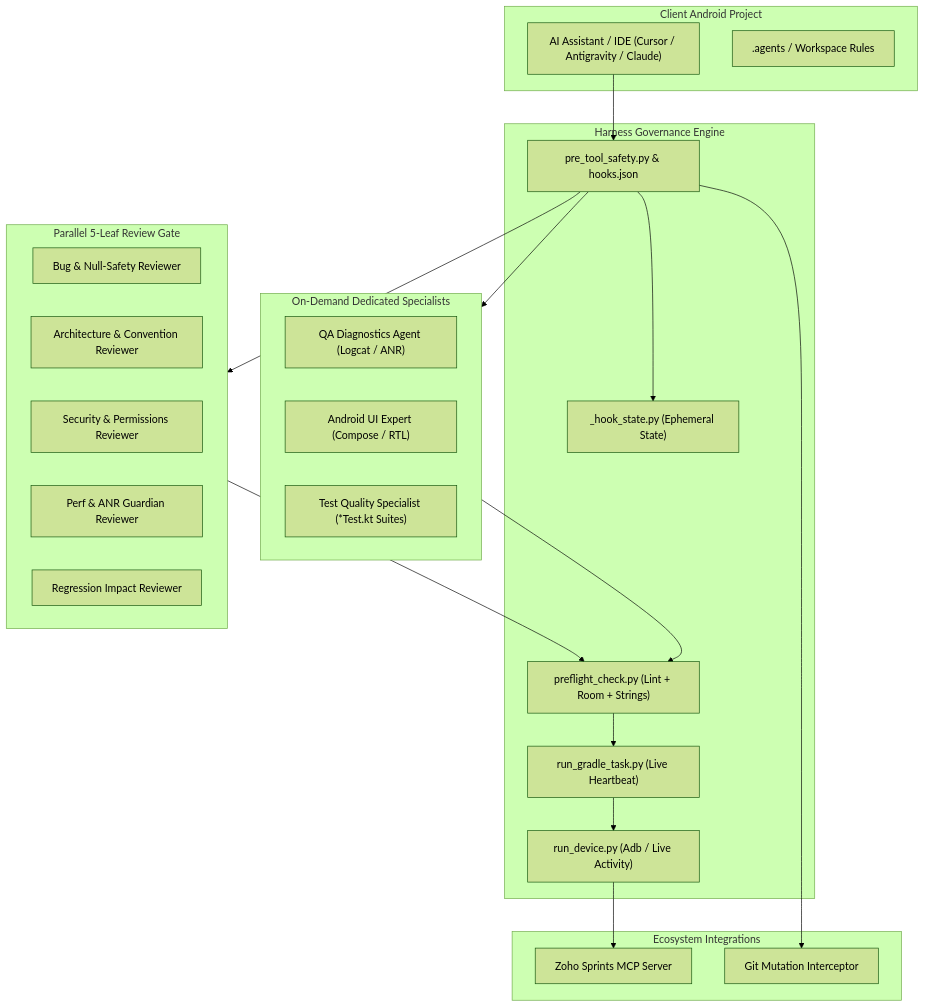
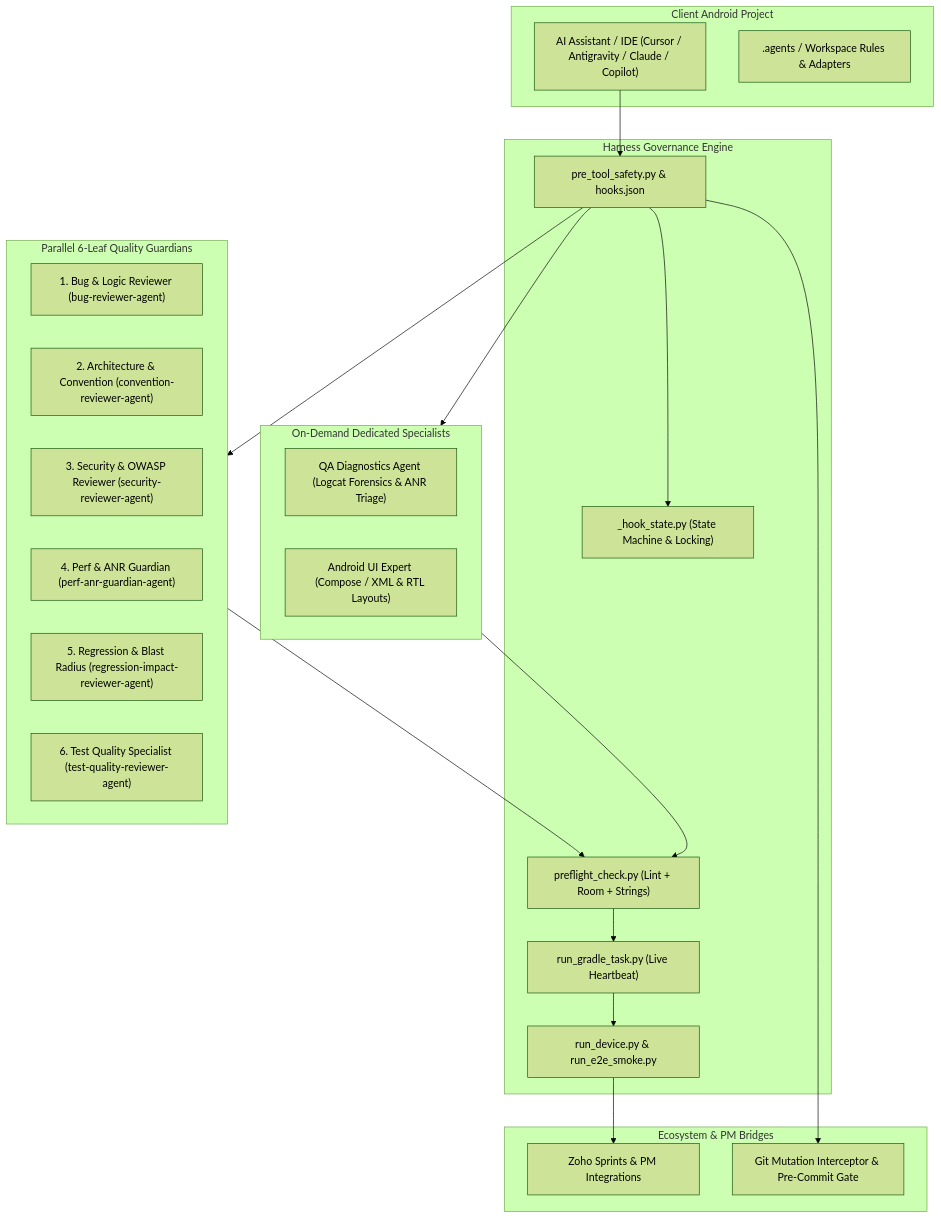
The first of 2 diagrams in docs/architecture.md (rabee-elkholy/android-agent-harness), drawn with Mermaid (forest theme) before and after one commit. The commit also changed other lines of this file and 12 other files, not shown here.

First line of the commit message:
docs: overhaul README and architecture with official slogan, 6-leaf gate, and workflows guide

````diff
--- a/docs/architecture.md
+++ b/docs/architecture.md
@@ -9,45 +10,45 @@
 ```mermaid
 graph TB
     subgraph Client ["Client Android Project"]
-        IDE["AI Assistant / IDE (Cursor / Antigravity / Claude)"]
-        FS[".agents / Workspace Rules"]
+        IDE["AI Assistant / IDE (Cursor / Antigravity / Claude / Copilot)"]
+        FS[".agents / Workspace Rules & Adapters"]
     end
 
     subgraph Governance ["Harness Governance Engine"]
         SafetyHooks["pre_tool_safety.py & hooks.json"]
-        StateManager["_hook_state.py (Ephemeral State)"]
+        StateManager["_hook_state.py (State Machine & Locking)"]
         Preflight["preflight_check.py (Lint + Room + Strings)"]
         GradleStream["run_gradle_task.py (Live Heartbeat)"]
-        DeviceRunner["run_device.py (Adb / Live Activity)"]
+        DeviceRunner["run_device.py & run_e2e_smoke.py"]
     end
 
-    subgraph Reviewers ["Parallel 5-Leaf Review Gate"]
-        R1["Bug & Null-Safety Reviewer"]
-        R2["Architecture & Convention Reviewer"]
-        R3["Security & Permissions Reviewer"]
-        R4["Perf & ANR Guardian Reviewer"]
-        R5["Regression Impact Reviewer"]
+    subgraph Reviewers ["Parallel 6-Leaf Quality Guardians"]
+        R1["1. Bug & Logic Reviewer (bug-reviewer-agent)"]
+        R2["2. Architecture & Convention (convention-reviewer-agent)"]
+        R3["3. Security & OWASP Reviewer (security-reviewer-agent)"]
+        R4["4. Perf & ANR Guardian (perf-anr-guardian-agent)"]
+        R5["5. Regression & Blast Radius (regression-impact-reviewer-agent)"]
+        R6["6. Test Quality Specialist (test-quality-reviewer-agent)"]
     end
 
     subgraph Specialists ["On-Demand Dedicated Specialists"]
-        S1["QA Diagnostics Agent (Logcat / ANR)"]
-        S2["Android UI Expert (Compose / RTL)"]
-        S3["Test Quality Specialist (*Test.kt Suites)"]
+        S1["QA Diagnostics Agent (Logcat Forensics & ANR Triage)"]
+        S2["Android UI Expert (Compose / XML & RTL Layouts)"]
     end
 
-    subgraph Integrations ["Ecosystem Integrations"]
-        ZohoMCP["Zoho Sprints MCP Server"]
-        GitGuard["Git Mutation Interceptor"]
+    subgraph Integrations ["Ecosystem & PM Bridges"]
+        ZohoMCP["Zoho Sprints & PM Integrations"]
+        GitGuard["Git Mutation Interceptor & Pre-Commit Gate"]
     end
 
     IDE --> SafetyHooks
     SafetyHooks --> StateManager
     SafetyHooks --> GitGuard
     SafetyHooks --> Reviewers
     SafetyHooks --> Specialists
     Reviewers --> Preflight
     Specialists --> Preflight
     Preflight --> GradleStream
     GradleStream --> DeviceRunner
     DeviceRunner --> ZohoMCP
 ```
````
